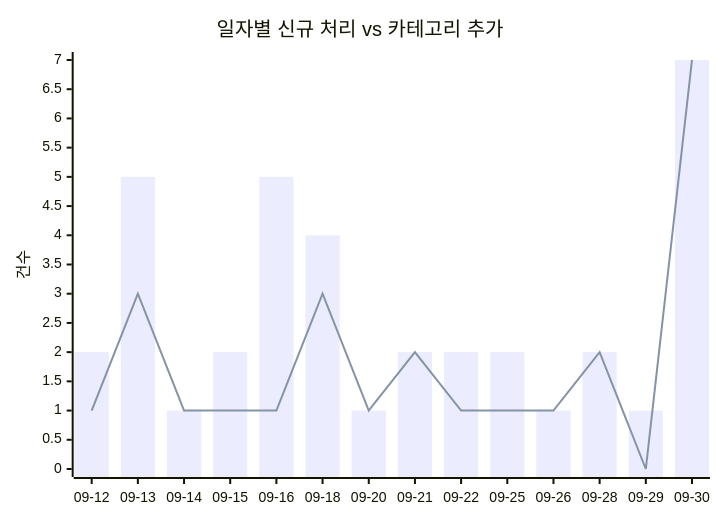
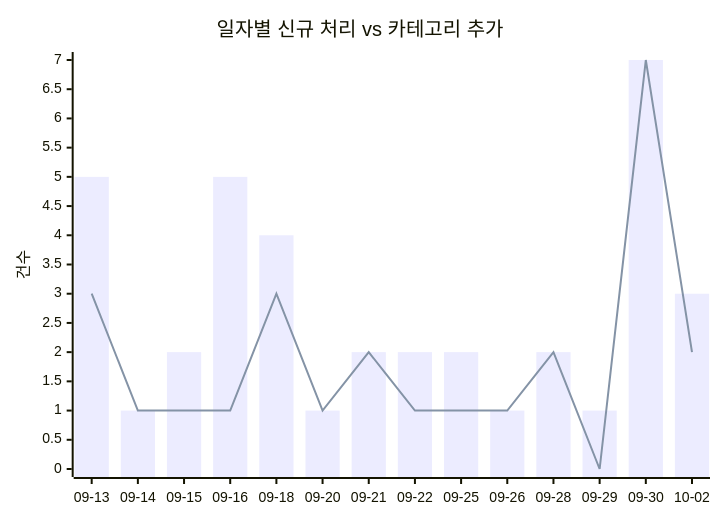
Before and after one commit to J-nowcow/awesome-korean-agent-skills: the first of 2 diagrams in docs/trends.md, drawn with Mermaid. The commit also changed other lines of this file and 3 other files, not shown here.

````diff
--- a/docs/trends.md
+++ b/docs/trends.md
@@ -32,8 +32,8 @@
 ```mermaid
 xychart-beta
     title "일자별 신규 처리 vs 카테고리 추가"
-    x-axis ["09-12","09-13","09-14","09-15","09-16","09-18","09-20","09-21","09-22","09-25","09-26","09-28","09-29","09-30"]
+    x-axis ["09-13","09-14","09-15","09-16","09-18","09-20","09-21","09-22","09-25","09-26","09-28","09-29","09-30","10-02"]
     y-axis "건수"
-    bar [2,5,1,2,5,4,1,2,2,2,1,2,1,7]
-    line [1,3,1,1,1,3,1,2,1,1,1,2,0,7]
+    bar [5,1,2,5,4,1,2,2,2,1,2,1,7,3]
+    line [3,1,1,1,3,1,2,1,1,1,2,0,7,2]
 ```
````
